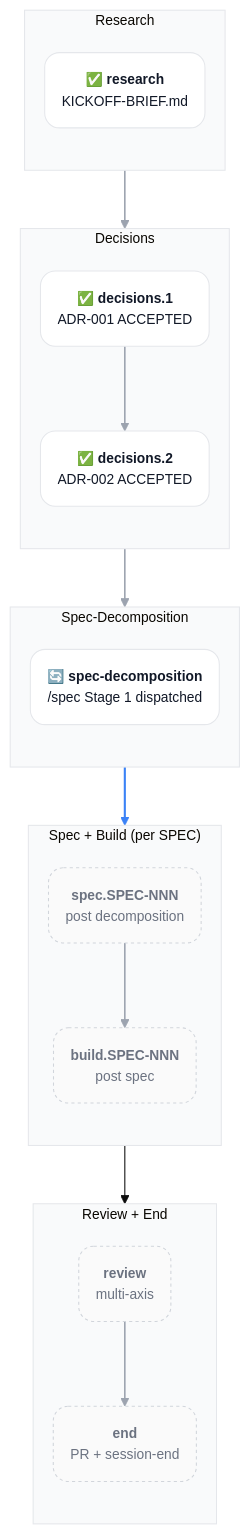
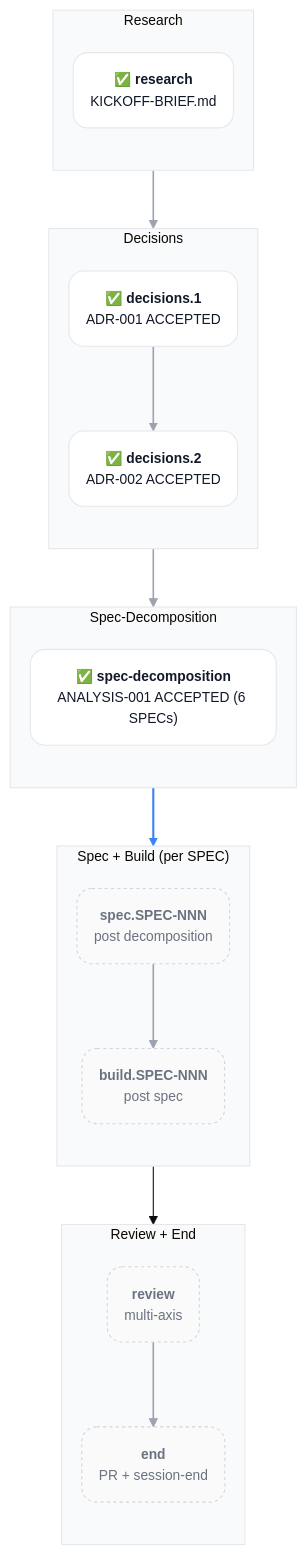
Before and after one commit to acmelabs-15/skills: the first of 3 diagrams in docs/planning/PLAN-001-skills-ecosystem.md, drawn with Mermaid. The commit also changed other lines of this file and 2 other files, not shown here.

````diff
--- a/docs/planning/PLAN-001-skills-ecosystem.md
+++ b/docs/planning/PLAN-001-skills-ecosystem.md
@@ -68,49 +73,49 @@
 ```mermaid
 %%{init: {'theme':'base','flowchart':{'curve':'stepAfter','nodeSpacing':18,'rankSpacing':55,'padding':16,'diagramPadding':20,'htmlLabels':true},'themeVariables':{'fontFamily':'-apple-system, BlinkMacSystemFont, system-ui, sans-serif','fontSize':'13px','clusterBkg':'#f9fafb','clusterBorder':'#e5e7eb'},'themeCSS':'.edgePath path, .flowchart-link { stroke-linejoin: round !important; stroke-linecap: round !important; } .cluster-label .nodeLabel { font-family: ui-monospace, SFMono-Regular, Menlo, monospace !important; font-size: 11px !important; font-weight: 600 !important; letter-spacing: 0.1em !important; text-transform: uppercase !important; color: #6b7280 !important; }'}}%%
 graph TD
 
   classDef done fill:#ffffff,stroke:#e5e7eb,stroke-width:1px,color:#111827,rx:14,ry:14
   classDef pending fill:#fafafa,stroke:#d1d5db,stroke-width:1px,color:#6b7280,stroke-dasharray:3 3,rx:14,ry:14
 
   subgraph R ["Research"]
     direction TB
     research("✅ <b>research</b><br/><span style='color:#6b7280;font-size:11px'>KICKOFF-BRIEF.md</span>")
   end
 
   subgraph D ["Decisions"]
     direction TB
     d1("✅ <b>decisions.1</b><br/><span style='color:#6b7280;font-size:11px'>ADR-001 ACCEPTED</span>")
     d2("✅ <b>decisions.2</b><br/><span style='color:#6b7280;font-size:11px'>ADR-002 ACCEPTED</span>")
   end
 
   subgraph S ["Spec-Decomposition"]
     direction TB
-    sd("🔄 <b>spec-decomposition</b><br/><span style='color:#6b7280;font-size:11px'>/spec Stage 1 dispatched</span>")
+    sd("✅ <b>spec-decomposition</b><br/><span style='color:#6b7280;font-size:11px'>ANALYSIS-001 ACCEPTED (6 SPECs)</span>")
   end
 
   subgraph SB ["Spec + Build (per SPEC)"]
     direction TB
     spec_n("<b>spec.SPEC-NNN</b><br/><span style='color:#6b7280;font-size:11px'>post decomposition</span>")
     build_n("<b>build.SPEC-NNN</b><br/><span style='color:#6b7280;font-size:11px'>post spec</span>")
     spec_n --> build_n
   end
 
   subgraph RE ["Review + End"]
     direction TB
     review("<b>review</b><br/><span style='color:#6b7280;font-size:11px'>multi-axis</span>")
     fin("<b>end</b><br/><span style='color:#6b7280;font-size:11px'>PR + session-end</span>")
     review --> fin
   end
 
   research --> d1
   d1 --> d2
   d2 --> sd
   sd --> spec_n
   build_n --> review
 
   class research,d1,d2,sd done
   class spec_n,build_n,review,fin pending
 
   linkStyle 0,1,2,3,4 stroke:#9ca3af,stroke-width:1.5px
   linkStyle 5 stroke:#3b82f6,stroke-width:2px
 ```
````
